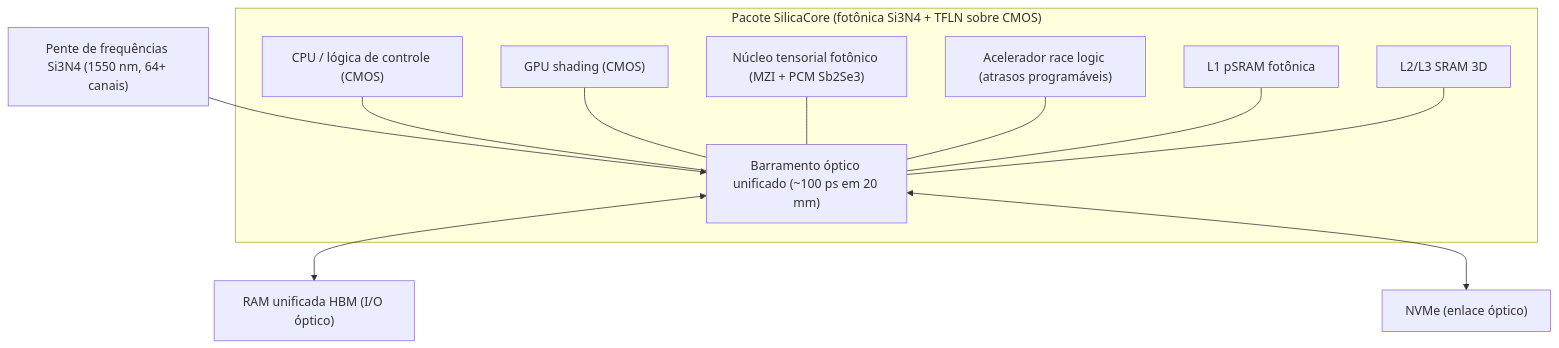
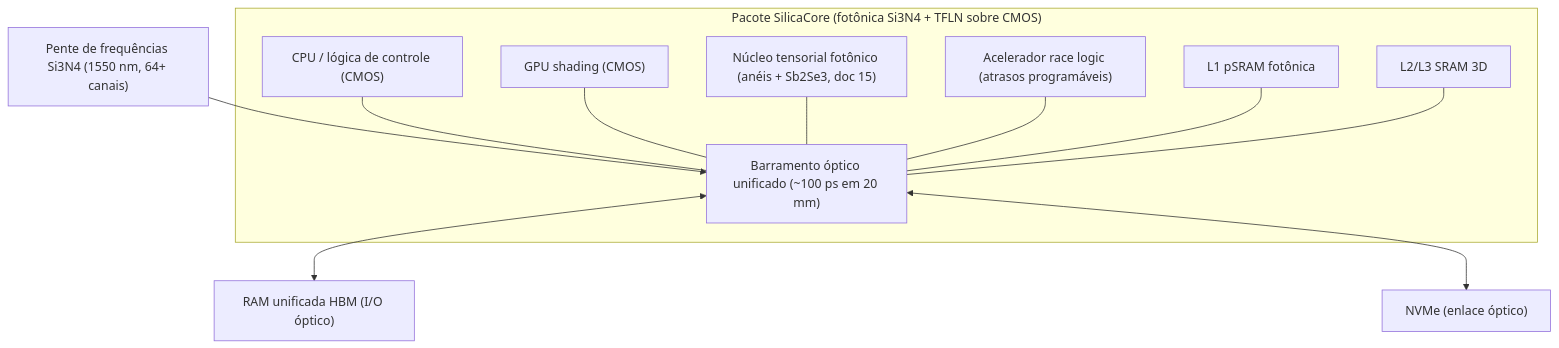
Before and after one commit to Roliveira96/SilicaCore: the diagram in docs/architecture/12-memoria-unificada-jogos-e-ia-local.md, drawn with Mermaid. The commit also changed other lines of this file and 18 other files, not shown here.

````diff
--- a/docs/architecture/12-memoria-unificada-jogos-e-ia-local.md
+++ b/docs/architecture/12-memoria-unificada-jogos-e-ia-local.md
@@ -85,21 +85,21 @@
 ```mermaid
 flowchart TB
     Comb["Pente de frequências Si3N4 (1550 nm, 64+ canais)"] --> Fabric
     subgraph Pacote["Pacote SilicaCore (fotônica Si3N4 + TFLN sobre CMOS)"]
         Fabric["Barramento óptico unificado (~100 ps em 20 mm)"]
         CPU["CPU / lógica de controle (CMOS)"]
         GPU["GPU shading (CMOS)"]
-        PTC["Núcleo tensorial fotônico (MZI + PCM Sb2Se3)"]
+        PTC["Núcleo tensorial fotônico (anéis + Sb2Se3, doc 15)"]
         Race["Acelerador race logic (atrasos programáveis)"]
         L1["L1 pSRAM fotônica"]
         L3["L2/L3 SRAM 3D"]
         CPU --- Fabric
         GPU --- Fabric
         PTC --- Fabric
         Race --- Fabric
         L1 --- Fabric
         L3 --- Fabric
     end
     Fabric <--> RAM["RAM unificada HBM (I/O óptico)"]
     Fabric <--> SSD["NVMe (enlace óptico)"]
 ```
````
